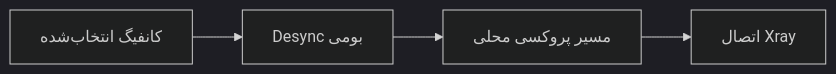
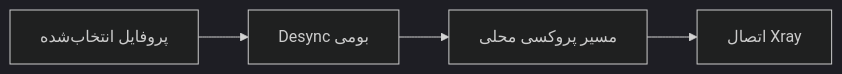
Before and after one commit to rezakhosh78/PingNG: the diagram in README_FA.md, drawn with Mermaid (dark theme). The commit also changed other lines of this file, not shown here.

````diff
--- a/README_FA.md
+++ b/README_FA.md
@@ -64,6 +72,6 @@
 ```mermaid
 flowchart LR
-    A[کانفیگ انتخاب‌شده] --> B[Desync بومی]
+    A[پروفایل انتخاب‌شده] --> B[Desync بومی]
     B --> C[مسیر پروکسی محلی]
     C --> D[اتصال Xray]
 ```
````
